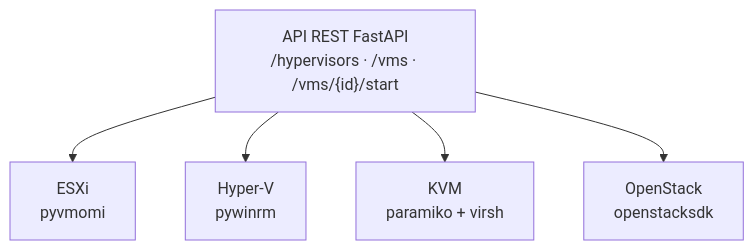
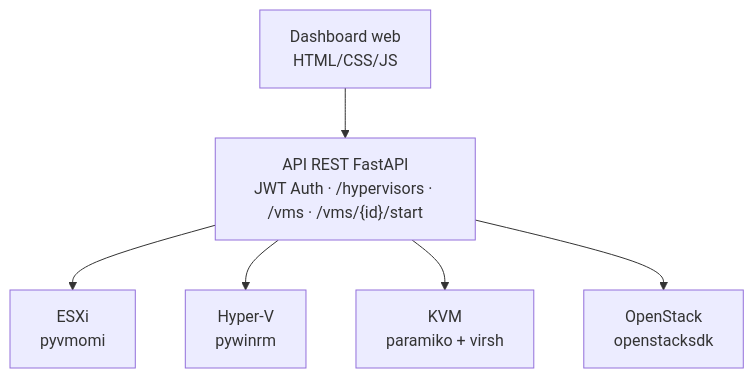
Before and after one commit to RahmaHaouas/hybrid-hypervisor-management-platform: the diagram in README.md, drawn with Mermaid. The commit also changed other lines of this file, not shown here.

Commit message:
Update README with completed features and Phase 7 roadmap

````diff
--- a/README.md
+++ b/README.md
@@ -23,8 +25,10 @@
 ```mermaid
 flowchart TD
-    API["API REST FastAPI<br/>/hypervisors · /vms · /vms/{id}/start"]
+    UI["Dashboard web<br/>HTML/CSS/JS"]
+    API["API REST FastAPI<br/>JWT Auth · /hypervisors · /vms · /vms/{id}/start"]
+    UI --> API
     API --> ESXi["ESXi<br/>pyvmomi"]
     API --> HyperV["Hyper-V<br/>pywinrm"]
     API --> KVM["KVM<br/>paramiko + virsh"]
     API --> OpenStack["OpenStack<br/>openstacksdk"]
 ```
````
